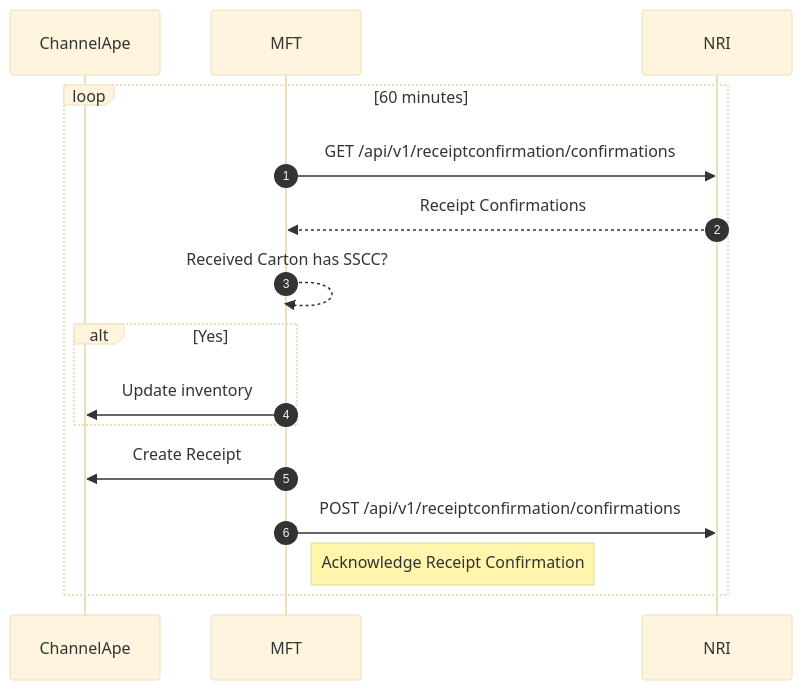
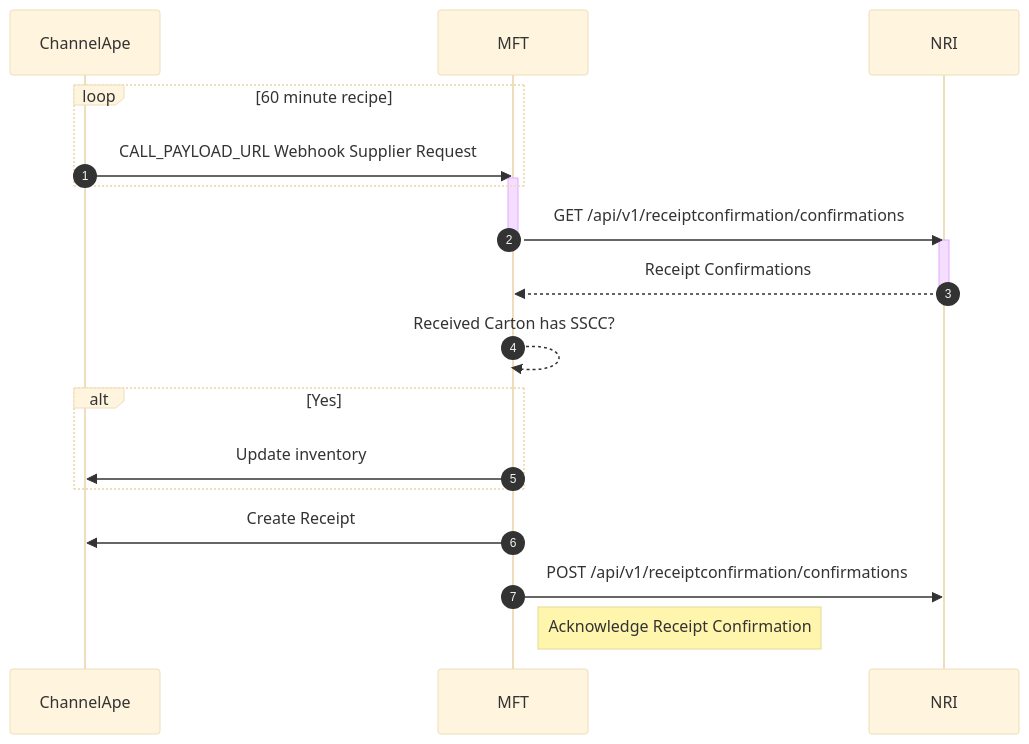
Before and after one commit to ChannelApe/channelape-docs: the third of 3 diagrams in data-flows/nri/README.md, drawn with Mermaid (base theme). The commit also changed other lines of this file and 2 other files, not shown here.

Commit message:
CA-27233
Added NRI documentation for reference

````diff
--- a/data-flows/nri/README.md
+++ b/data-flows/nri/README.md
@@ -48,22 +50,28 @@
 ```mermaid
 sequenceDiagram
     autonumber
     participant ChannelApe
     participant MFT
     participant NRI
 
-    loop 60 minutes
+    loop 60 minute recipe
+    ChannelApe->>MFT: CALL_PAYLOAD_URL Webhook Supplier Request
+    activate MFT
+    end
+
     MFT->>NRI: GET /api/v1/receiptconfirmation/confirmations
+    deactivate MFT
+    activate NRI
     NRI-->>MFT:Receipt Confirmations
+    deactivate NRI
 
     MFT-->>MFT: Received Carton has SSCC?
     alt Yes
         MFT->>ChannelApe: Update inventory
     end
 
     MFT->>ChannelApe: Create Receipt
 
     MFT->>NRI: POST /api/v1/receiptconfirmation/confirmations
     note right of MFT: Acknowledge Receipt Confirmation 
-    end
 ```
````
